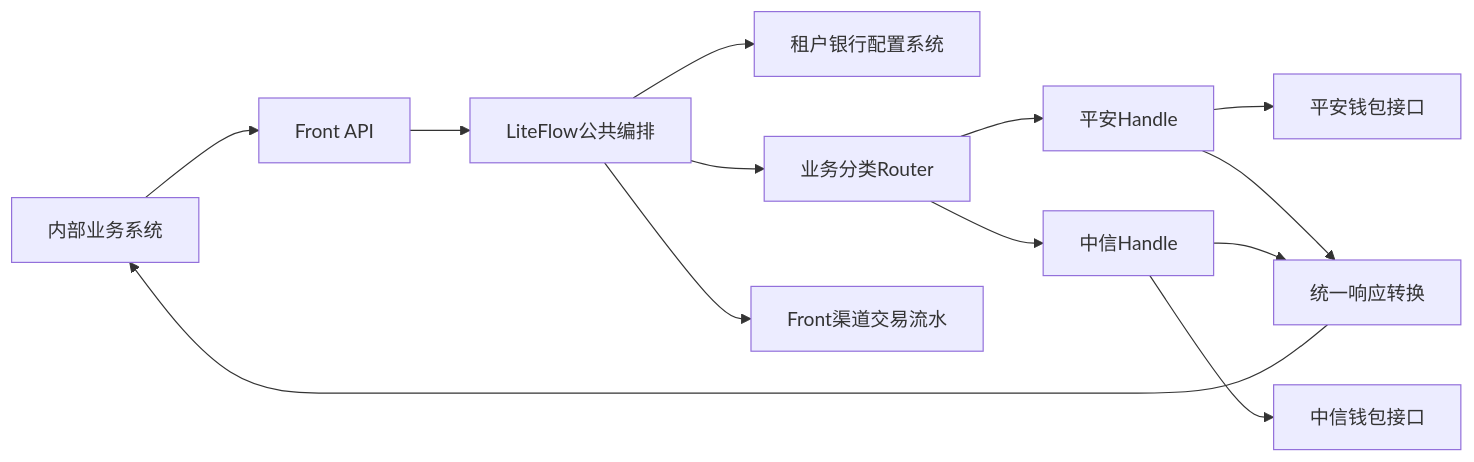
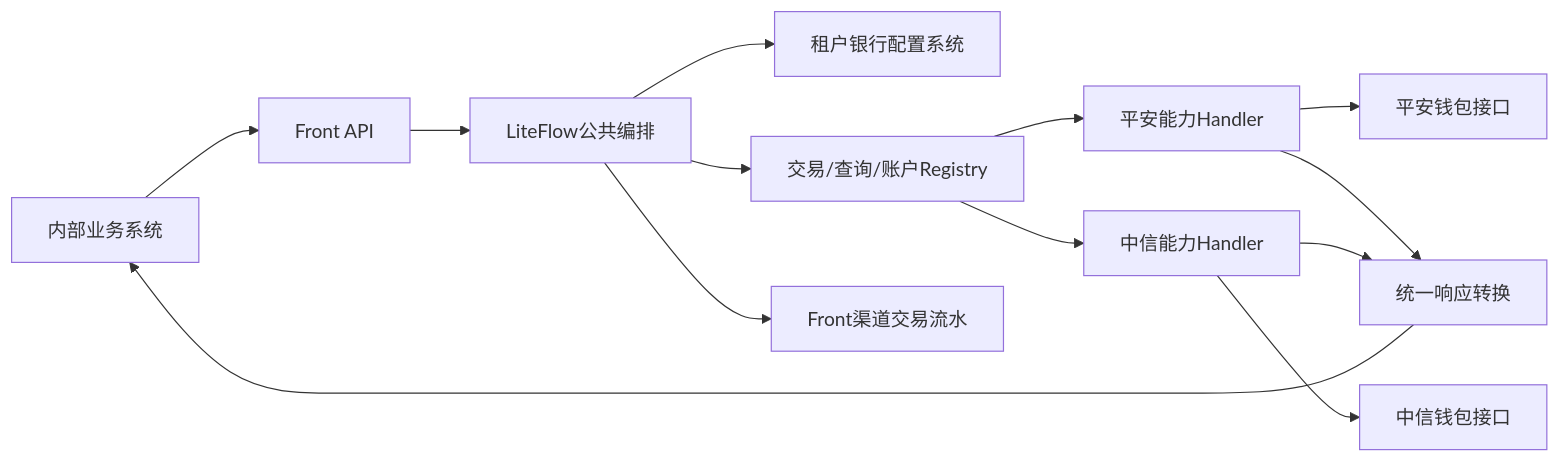
One commit to ssssgoldhunter/saas2.0-memory-hub changed the first of 2 diagrams in docs/saas2.0 重构/01-front-重构总体结构设计.md. Above: the diagram before and after it, drawn with Mermaid. The commit also changed other lines of this file and 43 other files, not shown here.

````diff
--- a/docs/saas2.0 重构/01-front-重构总体结构设计.md
+++ b/docs/saas2.0 重构/01-front-重构总体结构设计.md
@@ -131,15 +131,15 @@
 ```mermaid
 flowchart LR
     A["内部业务系统"] --> B["Front API"]
     B --> C["LiteFlow公共编排"]
     C --> D["租户银行配置系统"]
-    C --> E["业务分类Router"]
-    E --> F["平安Handle"]
-    E --> G["中信Handle"]
+    C --> E["交易/查询/账户Registry"]
+    E --> F["平安能力Handler"]
+    E --> G["中信能力Handler"]
     F --> H["平安钱包接口"]
     G --> I["中信钱包接口"]
     C --> J["Front渠道交易流水"]
     F --> K["统一响应转换"]
     G --> K
     K --> A
 ```
````
